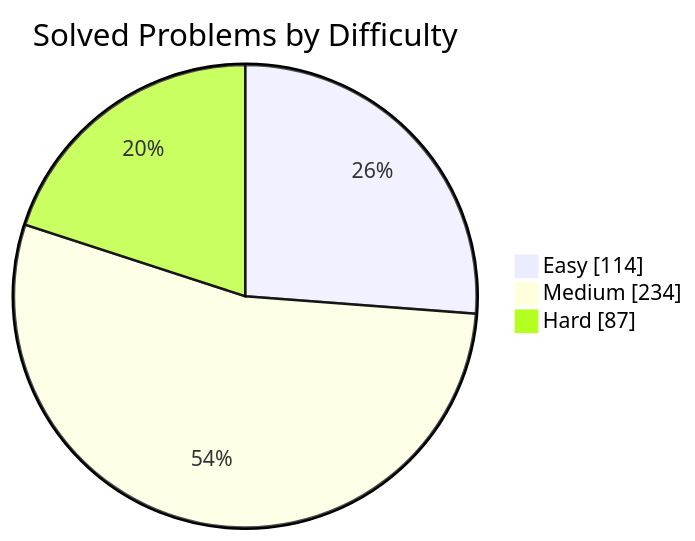
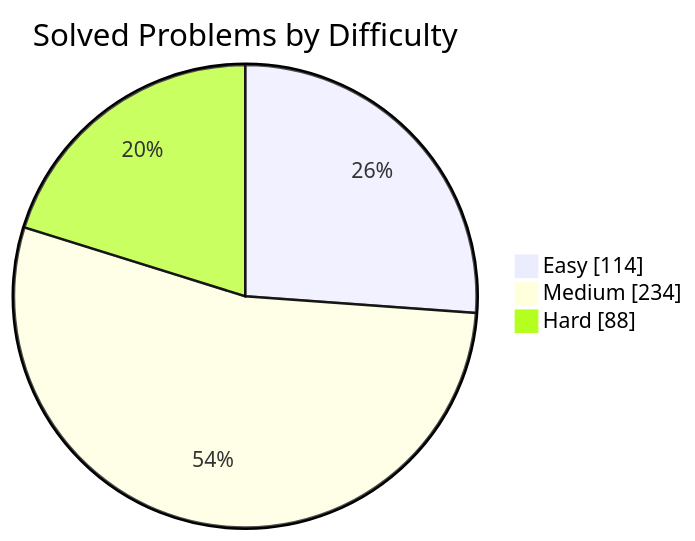
The first of 2 diagrams in README.md (manikantbindass/DSA-Preparation-FAANG), drawn with Mermaid before and after one commit. The commit also changed other lines of this file and 1 other file, not shown here.

````diff
--- a/README.md
+++ b/README.md
@@ -77,7 +77,7 @@
 ```mermaid
 pie showData
     title Solved Problems by Difficulty
     "Easy" : 114
     "Medium" : 234
-    "Hard" : 87
+    "Hard" : 88
 ```
````
